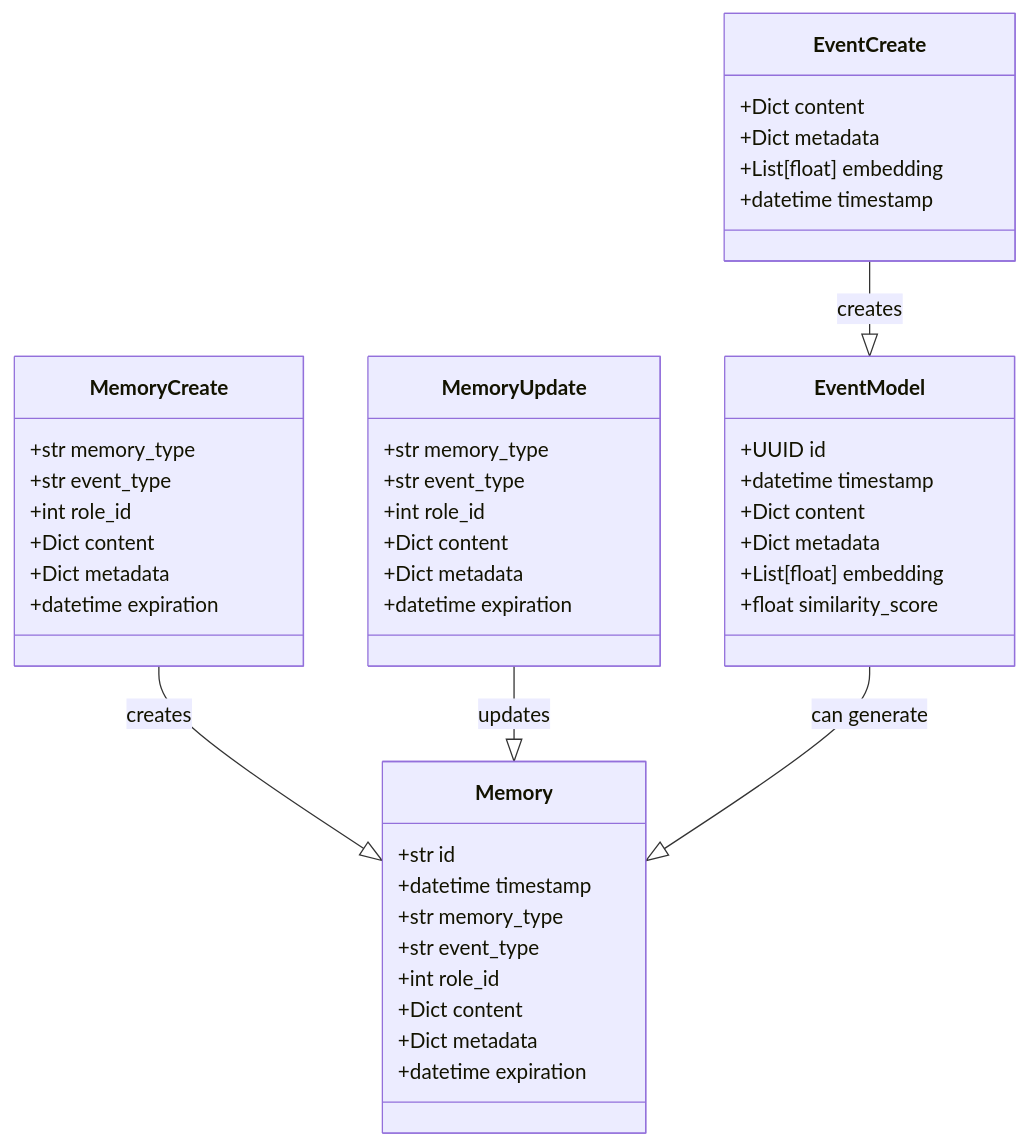
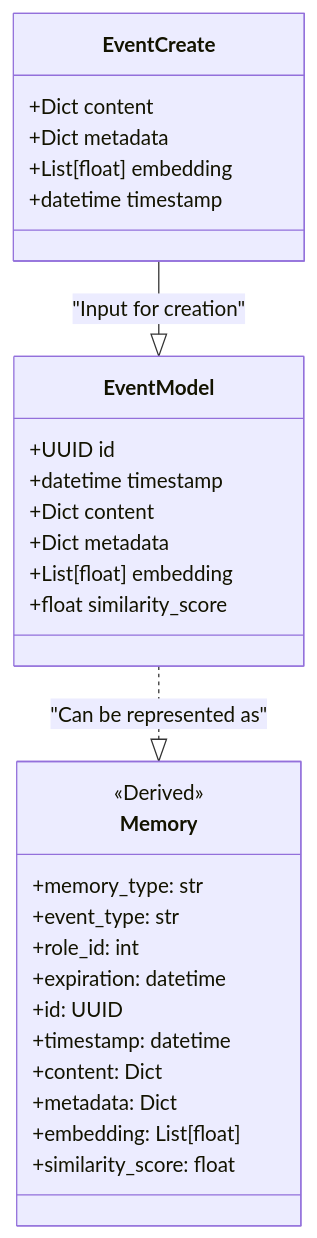
Before and after one commit to giak/mnemo-lite: the sixth of 8 diagrams in docs/architecture_diagrams.md, drawn with Mermaid. The commit also changed other lines of this file and 69 other files, not shown here.

````diff
--- a/docs/architecture_diagrams.md
+++ b/docs/architecture_diagrams.md
@@ -178,52 +181,35 @@
 ```mermaid
 classDiagram
     class EventModel {
         +UUID id
         +datetime timestamp
         +Dict content
         +Dict metadata
         +List[float] embedding
         +float similarity_score
     }
     
     class EventCreate {
         +Dict content
         +Dict metadata
         +List[float] embedding
         +datetime timestamp
     }
     
     class Memory {
-        +str id
-        +datetime timestamp
-        +str memory_type
-        +str event_type
-        +int role_id
-        +Dict content
-        +Dict metadata
-        +datetime expiration
+        <<Derived>>
+        +memory_type: str
+        +event_type: str
+        +role_id: int
+        +expiration: datetime
+        +id: UUID
+        +timestamp: datetime
+        +content: Dict
+        +metadata: Dict
+        +embedding: List[float]
+        +similarity_score: float
     }
     
-    class MemoryCreate {
-        +str memory_type
-        +str event_type
-        +int role_id
-        +Dict content
-        +Dict metadata
-        +datetime expiration
-    }
-    
-    class MemoryUpdate {
-        +str memory_type
-        +str event_type
-        +int role_id
-        +Dict content
-        +Dict metadata
-        +datetime expiration
-    }
-    
-    EventCreate --|> EventModel: creates
-    MemoryCreate --|> Memory: creates
-    MemoryUpdate --|> Memory: updates
-    EventModel --|> Memory: can generate
+    EventCreate --|> EventModel : "Input for creation"
+    EventModel ..|> Memory : "Can be represented as"
 ```
````
